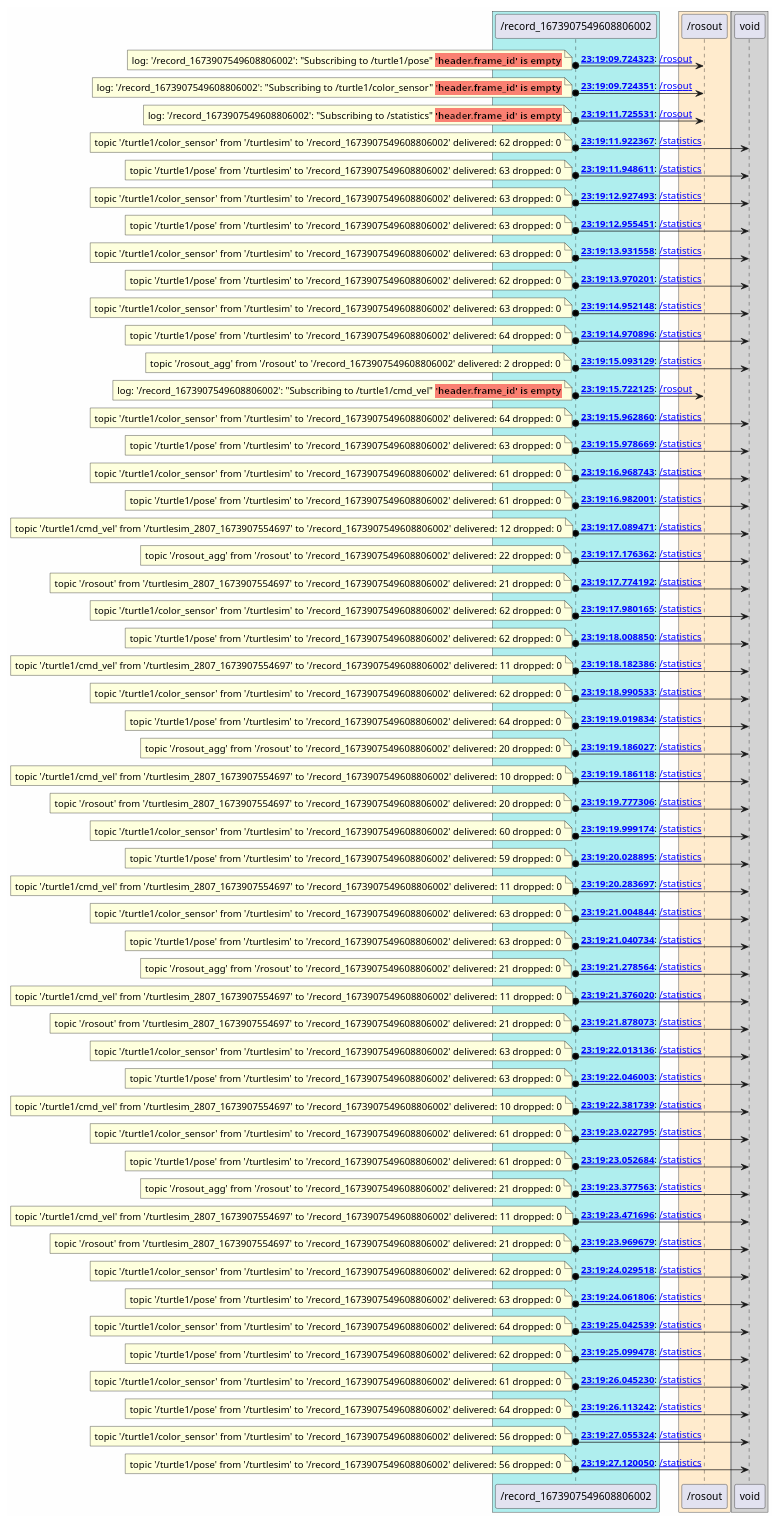
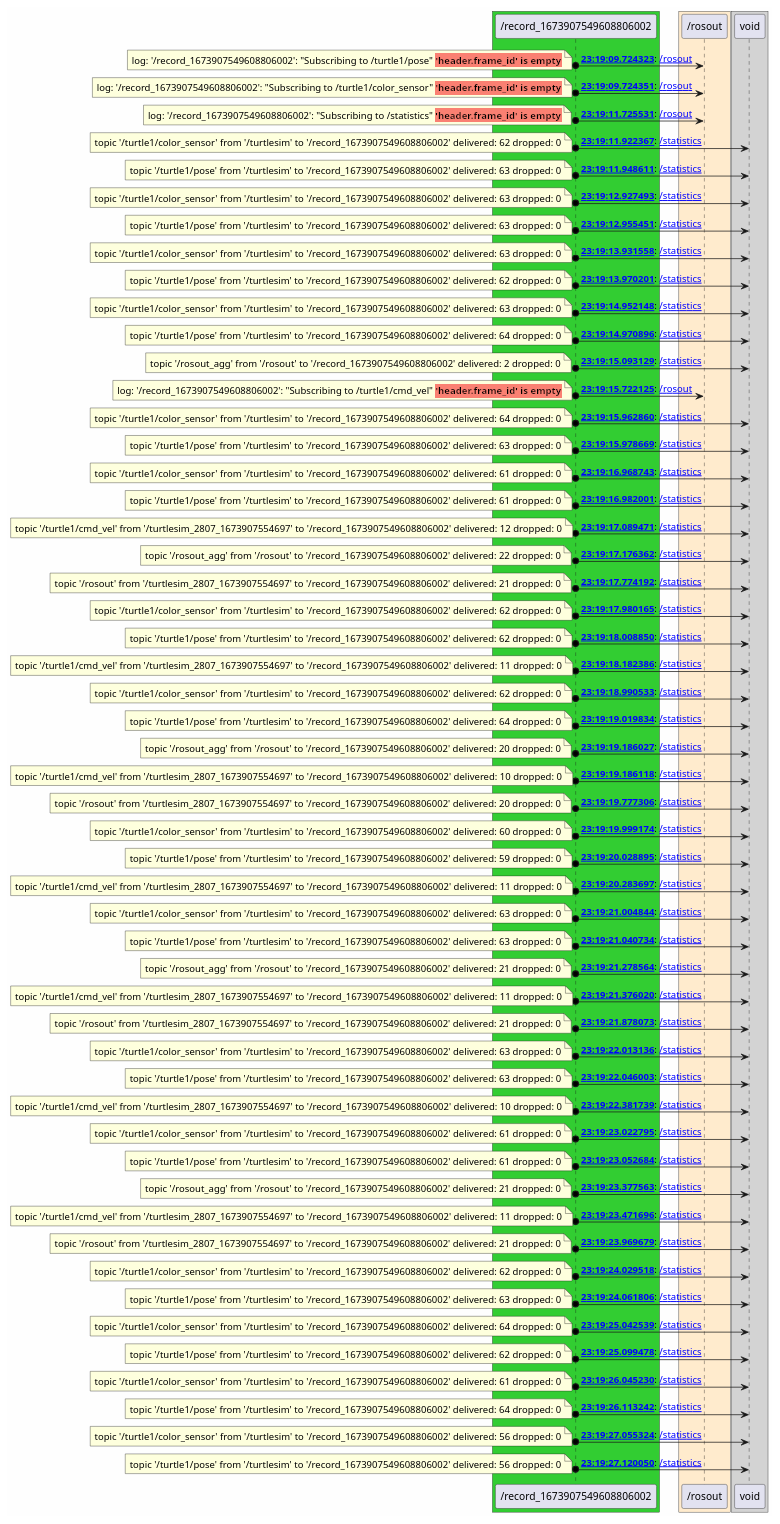
One commit to anetczuk/ros-diagram-tools changed the diagram in examples/turtlesim/rosbag/out/nodes/_record_1673907549608806002.puml. Above: the diagram before and after it, drawn with PlantUML. The commit also changed 12 other files, not shown here.

```diff
--- a/examples/turtlesim/rosbag/out/nodes/_record_1673907549608806002.puml
+++ b/examples/turtlesim/rosbag/out/nodes/_record_1673907549608806002.puml
@@ -2,7 +2,7 @@
 
 skinparam backgroundColor #FEFEFE
 
-box #PaleTurquoise
+box #LimeGreen
     participant "/record_1673907549608806002" as _record_1673907549608806002 [[_record_1673907549608806002.html]]
 end box
 box #BlanchedAlmond
```
